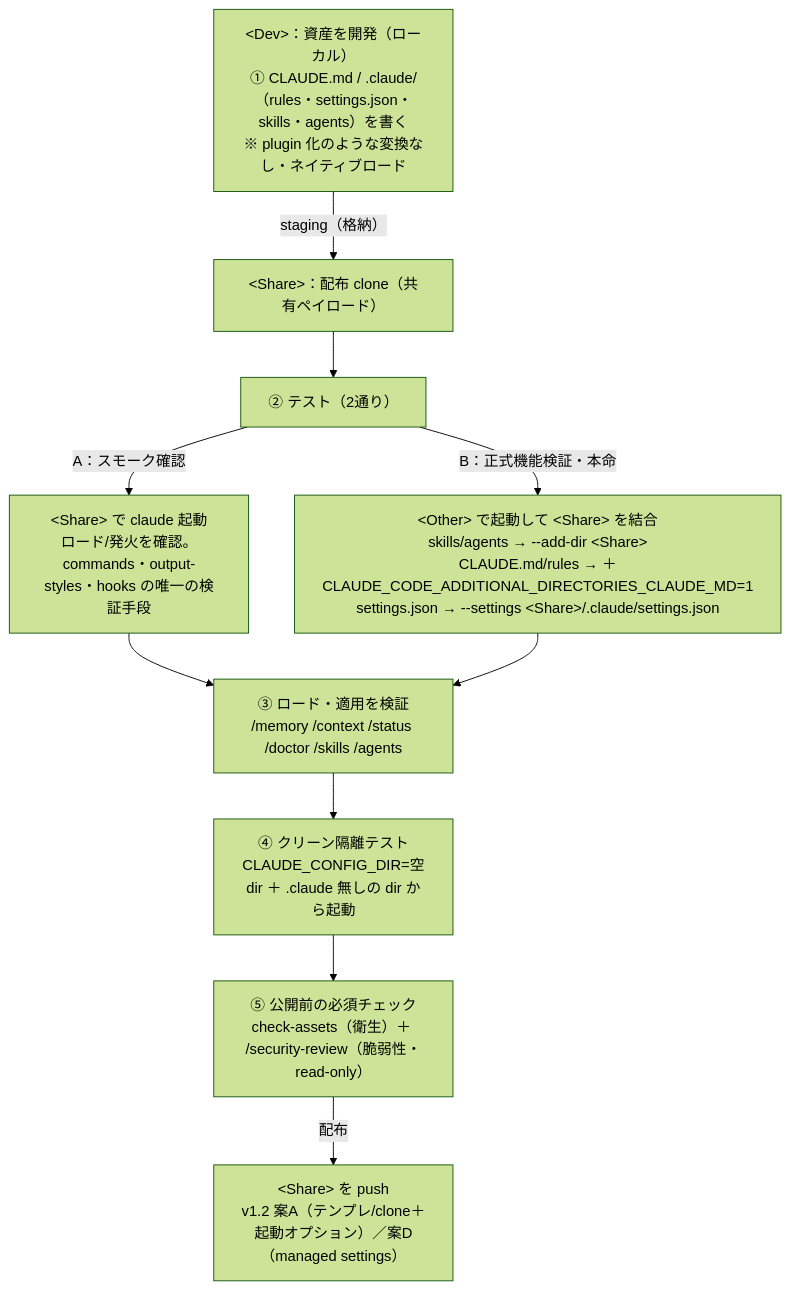
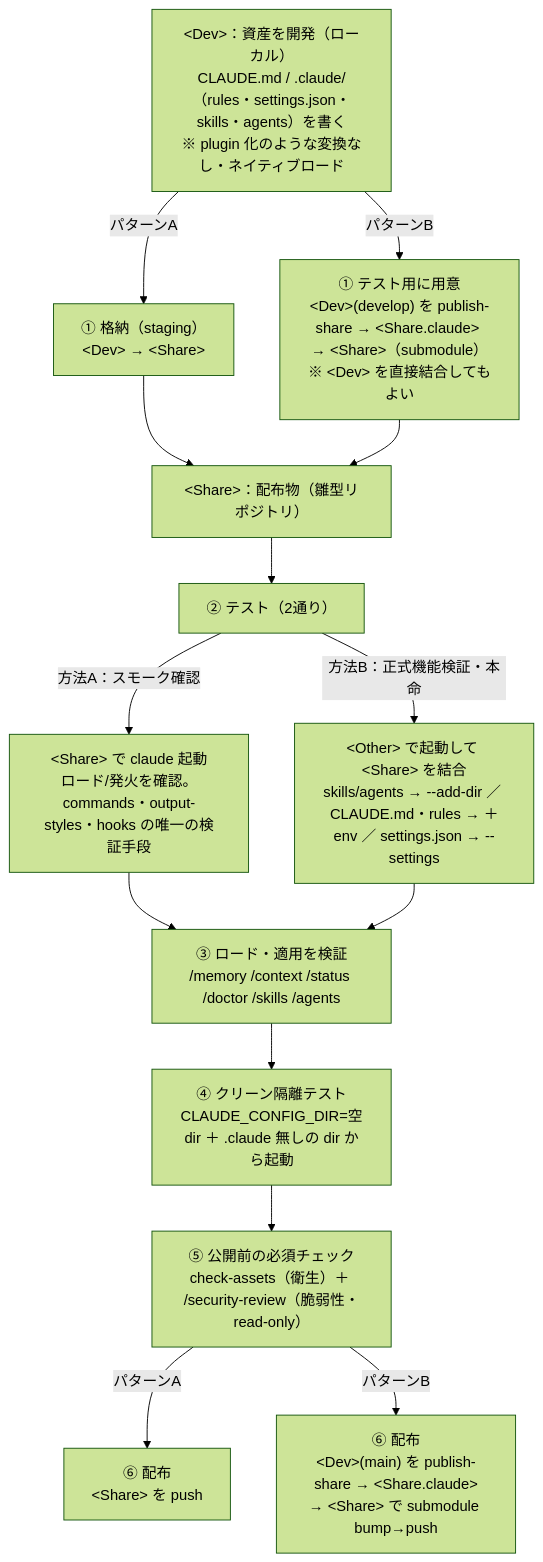
Before and after one commit to empty-can/research-by-cc: the first of 2 diagrams in research-for-claude-dir-sharing-governance/reports/02.配布物の開発・テスト/02.Marketplace外資産編/Marketplace外資産_開発・テスト_手順書.md, drawn with Mermaid (forest theme). The commit also changed other lines of this file and 3 other files, not shown here.

First line of the commit message:
docs(claude-dir-governance): Marketplace外資産手順書にパターンA/Bトポロジと配布・同期運用を正式化（v1.6）

````diff
--- a/research-for-claude-dir-sharing-governance/reports/02.配布物の開発・テスト/02.Marketplace外資産編/Marketplace外資産_開発・テスト_手順書.md
+++ b/research-for-claude-dir-sharing-governance/reports/02.配布物の開発・テスト/02.Marketplace外資産編/Marketplace外資産_開発・テスト_手順書.md
@@ -14,13 +14,20 @@
 ```mermaid
 flowchart TD
-    Dev["&lt;Dev&gt;：資産を開発（ローカル）<br/>① CLAUDE.md / .claude/（rules・settings.json・skills・agents）を書く<br/>※ plugin 化のような変換なし・ネイティブロード"]
-    Dev -->|staging（格納）| Share["&lt;Share&gt;：配布 clone（共有ペイロード）"]
+    Dev["&lt;Dev&gt;：資産を開発（ローカル）<br/>CLAUDE.md / .claude/（rules・settings.json・skills・agents）を書く<br/>※ plugin 化のような変換なし・ネイティブロード"]
+
+    Dev -->|パターンA| A1["① 格納（staging）<br/>&lt;Dev&gt; → &lt;Share&gt;"]
+    Dev -->|パターンB| B1["① テスト用に用意<br/>&lt;Dev&gt;(develop) を publish-share → &lt;Share.claude&gt; → &lt;Share&gt;（submodule）<br/>※ &lt;Dev&gt; を直接結合してもよい"]
+    A1 --> Share["&lt;Share&gt;：配布物（雛型リポジトリ）"]
+    B1 --> Share
+
     Share --> Test["② テスト（2通り）"]
-    Test -->|A：スモーク確認| A["&lt;Share&gt; で claude 起動<br/>ロード/発火を確認。commands・output-styles・hooks の唯一の検証手段"]
-    Test -->|B：正式機能検証・本命| B["&lt;Other&gt; で起動して &lt;Share&gt; を結合<br/>skills/agents → --add-dir &lt;Share&gt;<br/>CLAUDE.md/rules → ＋CLAUDE_CODE_ADDITIONAL_DIRECTORIES_CLAUDE_MD=1<br/>settings.json → --settings &lt;Share&gt;/.claude/settings.json"]
-    A --> Verify["③ ロード・適用を検証<br/>/memory /context /status /doctor /skills /agents"]
-    B --> Verify
+    Test -->|方法A：スモーク確認| MA["&lt;Share&gt; で claude 起動<br/>ロード/発火を確認。commands・output-styles・hooks の唯一の検証手段"]
+    Test -->|方法B：正式機能検証・本命| MB["&lt;Other&gt; で起動して &lt;Share&gt; を結合<br/>skills/agents → --add-dir ／ CLAUDE.md・rules → ＋env ／ settings.json → --settings"]
+    MA --> Verify["③ ロード・適用を検証<br/>/memory /context /status /doctor /skills /agents"]
+    MB --> Verify
     Verify --> Clean["④ クリーン隔離テスト<br/>CLAUDE_CONFIG_DIR=空dir ＋ .claude 無しの dir から起動"]
     Clean --> Gate["⑤ 公開前の必須チェック<br/>check-assets（衛生）＋ /security-review（脆弱性・read-only）"]
-    Gate -->|配布| Pub["&lt;Share&gt; を push<br/>v1.2 案A（テンプレ/clone＋起動オプション）／案D（managed settings）"]
+
+    Gate -->|パターンA| A6["⑥ 配布<br/>&lt;Share&gt; を push"]
+    Gate -->|パターンB| B6["⑥ 配布<br/>&lt;Dev&gt;(main) を publish-share → &lt;Share.claude&gt;<br/>→ &lt;Share&gt; で submodule bump→push"]
 ```
````
